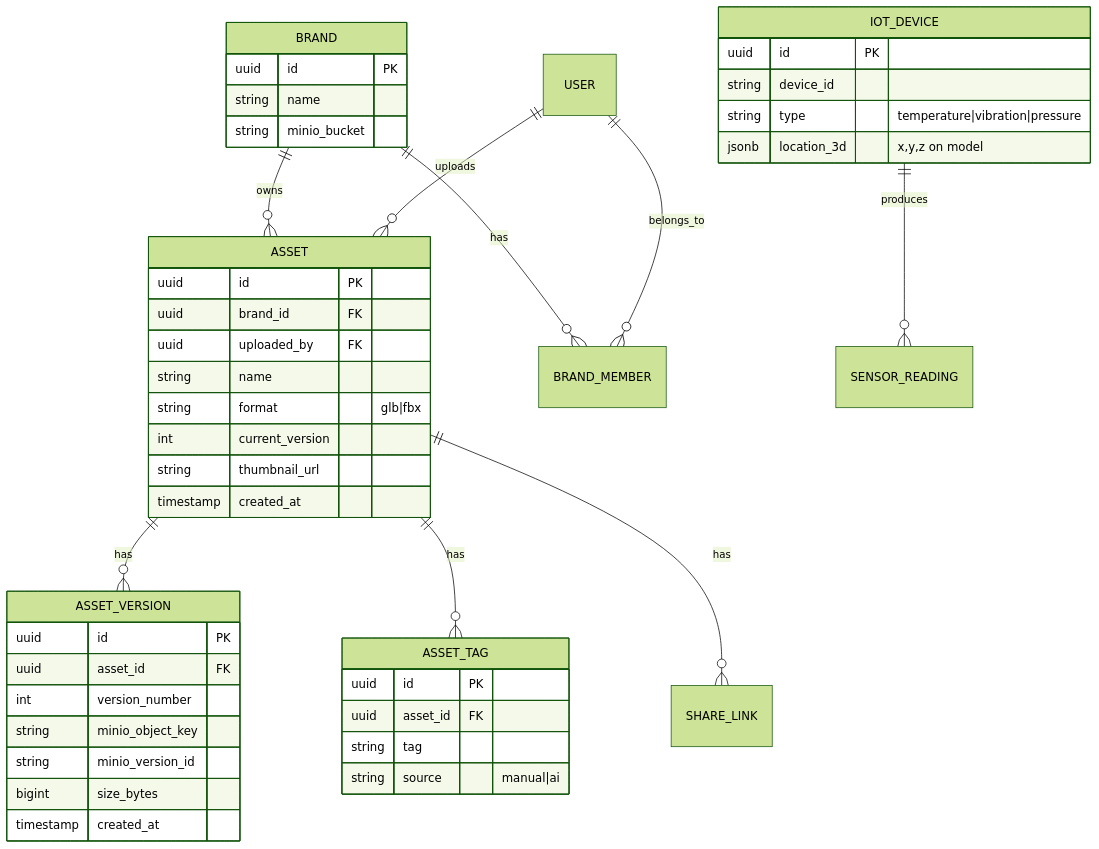
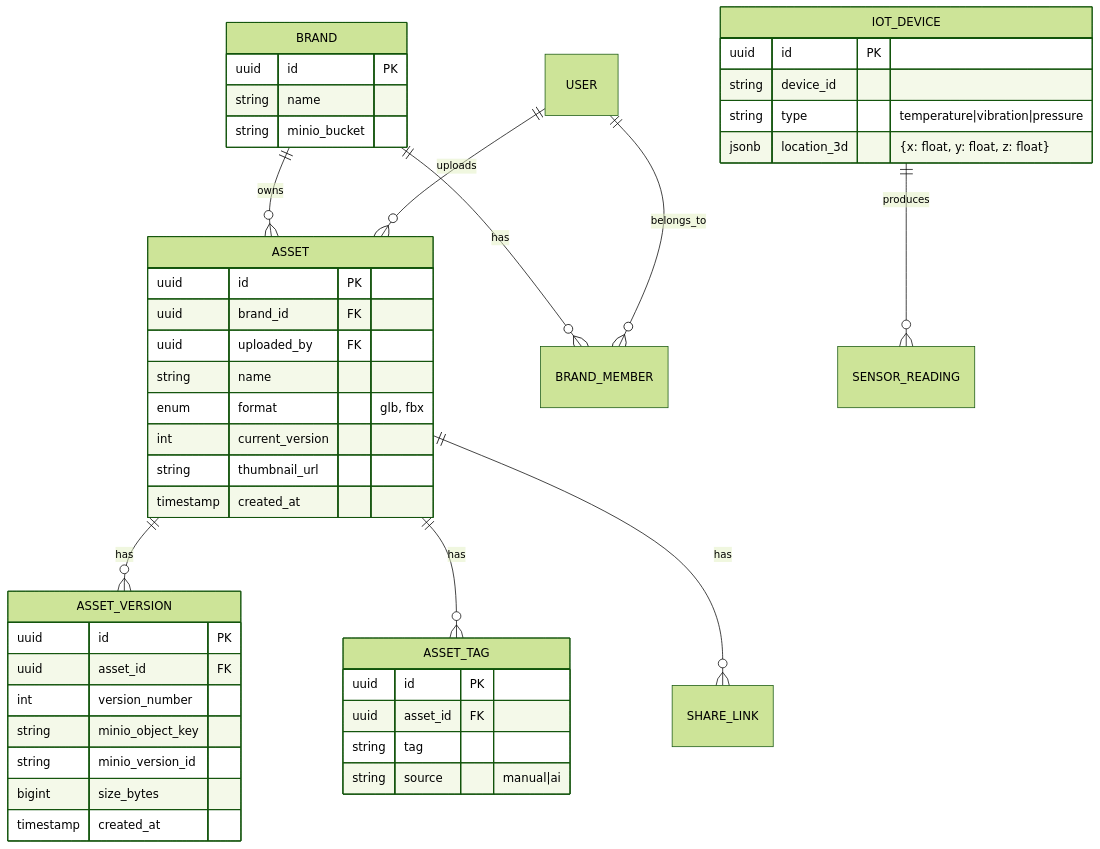
The ninth of 10 diagrams in 3d_asset_collaboration/docs/system_architecture.md (Eyolf6Coyote7/Eyolf6Coyote7), drawn with Mermaid (forest theme) before and after one commit. The commit also changed other lines of this file, not shown here.

First line of the commit message:
🎨style#48: apply Gemini review fixes (10 items) for 3D Asset Architecture

````diff
--- a/3d_asset_collaboration/docs/system_architecture.md
+++ b/3d_asset_collaboration/docs/system_architecture.md
@@ -278,48 +279,48 @@
 ```mermaid
 erDiagram
   BRAND ||--o{ ASSET : owns
   BRAND ||--o{ BRAND_MEMBER : has
   USER ||--o{ BRAND_MEMBER : belongs_to
   USER ||--o{ ASSET : uploads
   ASSET ||--o{ ASSET_VERSION : has
   ASSET ||--o{ ASSET_TAG : has
   ASSET ||--o{ SHARE_LINK : has
   IOT_DEVICE ||--o{ SENSOR_READING : produces
 
   BRAND {
     uuid id PK
     string name
     string minio_bucket
   }
   ASSET {
     uuid id PK
     uuid brand_id FK
     uuid uploaded_by FK
     string name
-    string format "glb|fbx"
+    enum format "glb, fbx"
     int current_version
     string thumbnail_url
     timestamp created_at
   }
   ASSET_VERSION {
     uuid id PK
     uuid asset_id FK
     int version_number
     string minio_object_key
     string minio_version_id
     bigint size_bytes
     timestamp created_at
   }
   ASSET_TAG {
     uuid id PK
     uuid asset_id FK
     string tag
     string source "manual|ai"
   }
   IOT_DEVICE {
     uuid id PK
     string device_id
     string type "temperature|vibration|pressure"
-    jsonb location_3d "x,y,z on model"
+    jsonb location_3d "{x: float, y: float, z: float}"
   }
 ```
````
